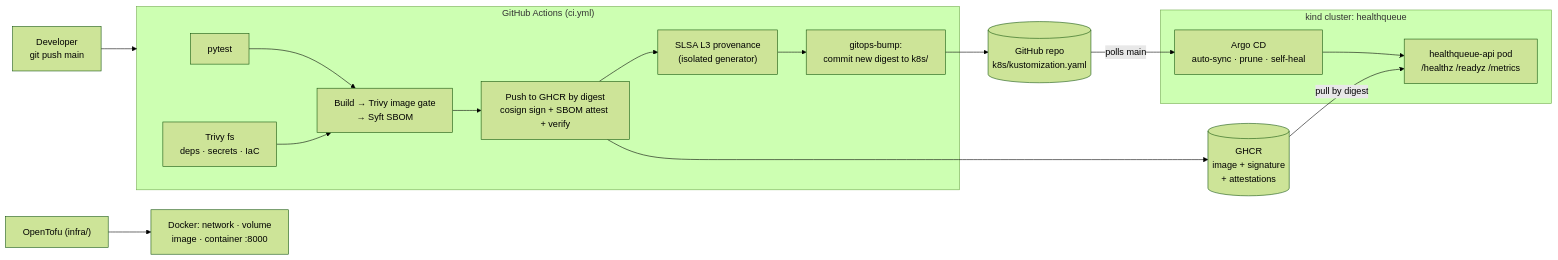
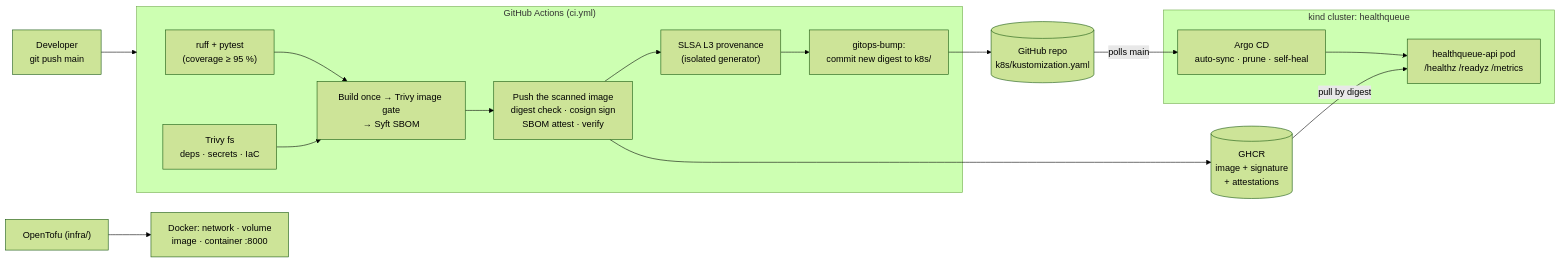
One commit to Abdullahim571/healthqueue-devops-capstone changed the diagram in README.md. Above: the diagram before and after it, drawn with Mermaid (forest theme). The commit also changed other lines of this file and 14 other files, not shown here.

````diff
--- a/README.md
+++ b/README.md
@@ -21,18 +27,18 @@
 ```mermaid
 flowchart LR
   DEV["Developer<br/>git push main"] --> GHA
   subgraph GHA["GitHub Actions (ci.yml)"]
-    T["pytest"] & S["Trivy fs<br/>deps · secrets · IaC"] --> B["Build → Trivy image gate<br/>→ Syft SBOM"]
-    B --> P["Push to GHCR by digest<br/>cosign sign + SBOM attest + verify"]
+    T["ruff + pytest<br/>(coverage ≥ 95 %)"] & S["Trivy fs<br/>deps · secrets · IaC"] --> B["Build once → Trivy image gate<br/>→ Syft SBOM"]
+    B --> P["Push the scanned image<br/>digest check · cosign sign<br/>SBOM attest · verify"]
     P --> L["SLSA L3 provenance<br/>(isolated generator)"]
     L --> G["gitops-bump:<br/>commit new digest to k8s/"]
   end
   P --> GHCR[("GHCR<br/>image + signature<br/>+ attestations")]
   G --> REPO[("GitHub repo<br/>k8s/kustomization.yaml")]
   subgraph KIND["kind cluster: healthqueue"]
     ARGO["Argo CD<br/>auto-sync · prune · self-heal"] --> POD["healthqueue-api pod<br/>/healthz /readyz /metrics"]
   end
   REPO -- "polls main" --> ARGO
   GHCR -- "pull by digest" --> POD
   TOFU["OpenTofu (infra/)"] --> DOCKER["Docker: network · volume<br/>image · container :8000"]
 ```
````
